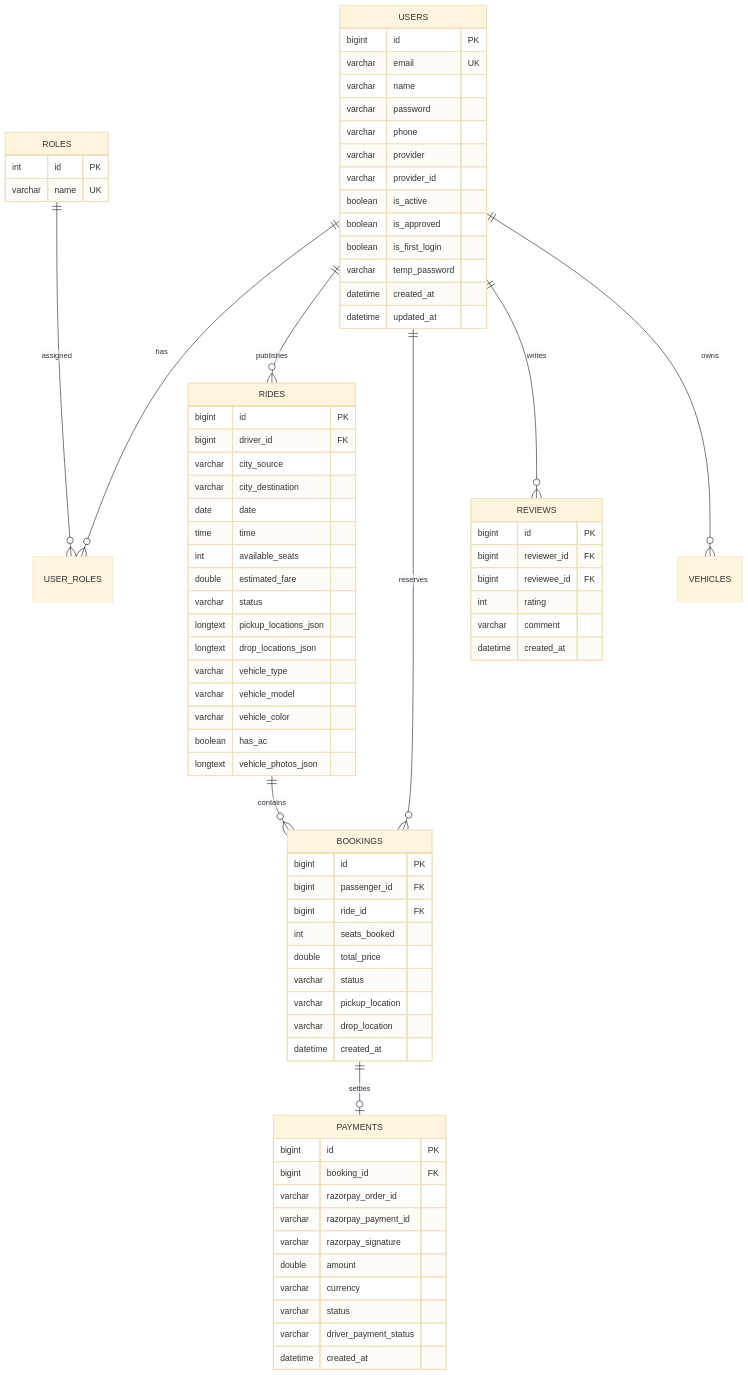
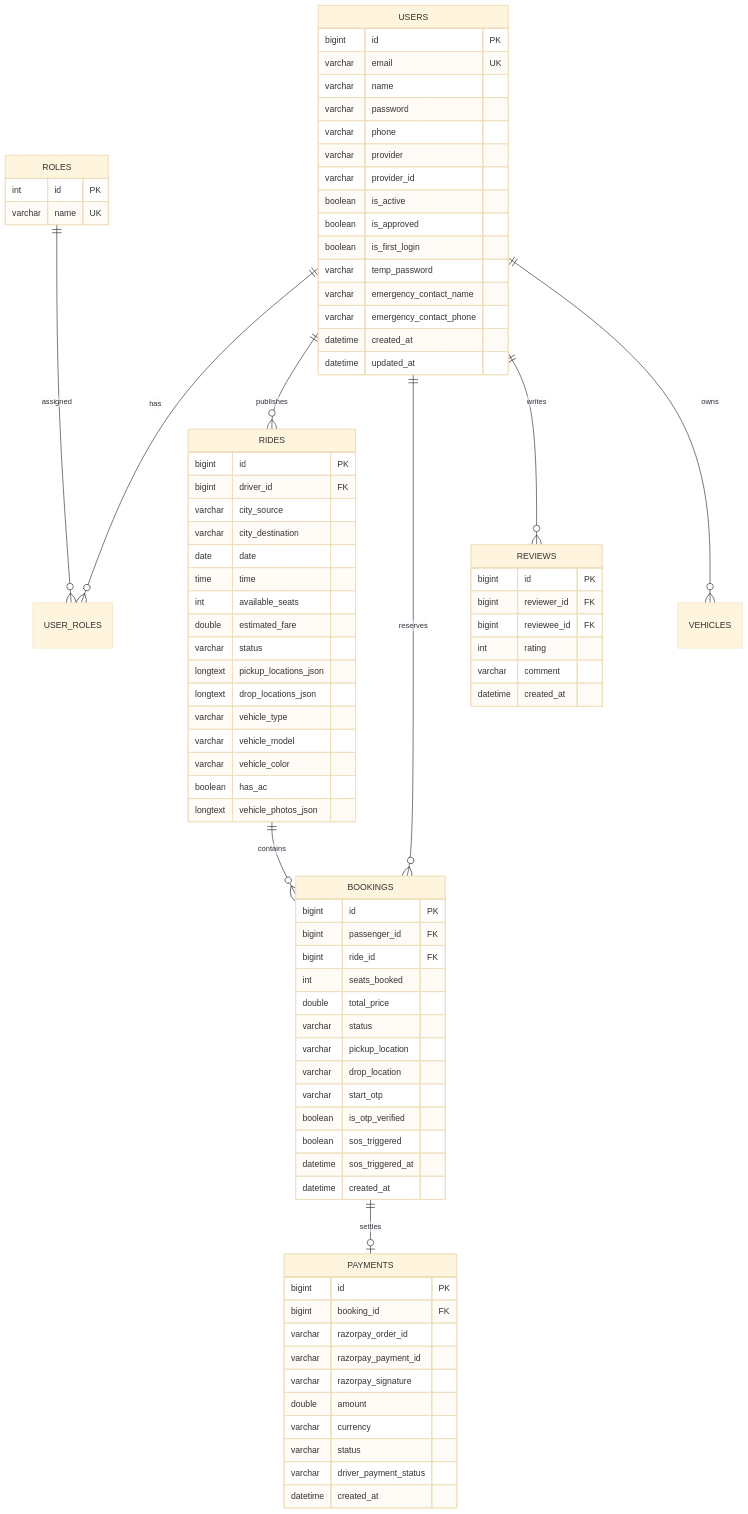
The seventh of 7 diagrams in README.md (Sandeepkaushik21/Smart_Ride_Sharing-), drawn with Mermaid (base theme) before and after one commit. The commit also changed other lines of this file, not shown here.

Commit message:
docs: update README with Ride Start OTP and Emergency SOS features

```diff
--- a/README.md
+++ b/README.md
@@ -353,6 +355,8 @@
         boolean is_approved
         boolean is_first_login
         varchar temp_password
+        varchar emergency_contact_name
+        varchar emergency_contact_phone
         datetime created_at
         datetime updated_at
     }
@@ -390,6 +394,10 @@
         varchar status
         varchar pickup_location
         varchar drop_location
+        varchar start_otp
+        boolean is_otp_verified
+        boolean sos_triggered
+        datetime sos_triggered_at
         datetime created_at
     }
 
```
